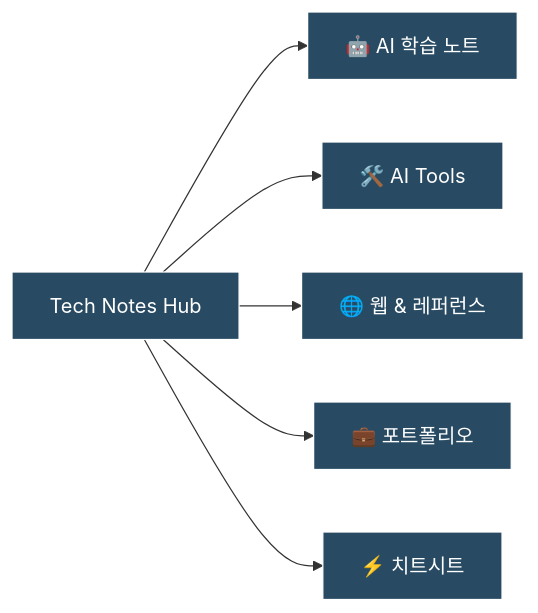
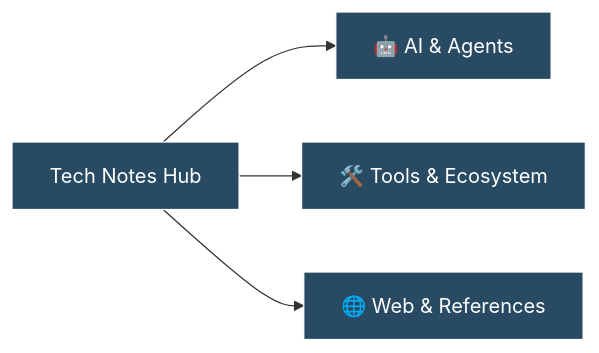
One commit to l-yoon/archive changed the diagram in content/index.md. Above: the diagram before and after it, drawn with Mermaid. The commit also changed other lines of this file and 5 other files, not shown here.

Commit message:
refactor: restructure blog categories into 3 core pillars (ai, tools, references)

````diff
--- a/content/index.md
+++ b/content/index.md
@@ -12,11 +12,9 @@
 ```mermaid
 graph LR
-    Index[Tech Notes Hub] --> AI[🤖 AI 학습 노트]
-    Index --> Tools[🛠️ AI Tools]
-    Index --> Ref[🌐 웹 & 레퍼런스]
-    Index --> Port[💼 포트폴리오]
-    Index --> Cheat[⚡ 치트시트]
+    Index[Tech Notes Hub] --> AI[🤖 AI & Agents]
+    Index --> Tools[🛠️ Tools & Ecosystem]
+    Index --> Ref[🌐 Web & References]
 
     classDef core fill:#284b63,stroke:#fff,stroke-width:1px,color:#fff;
-    class Index,AI,Tools,Ref,Port,Cheat core;
+    class Index,AI,Tools,Ref core;
 ```
````
